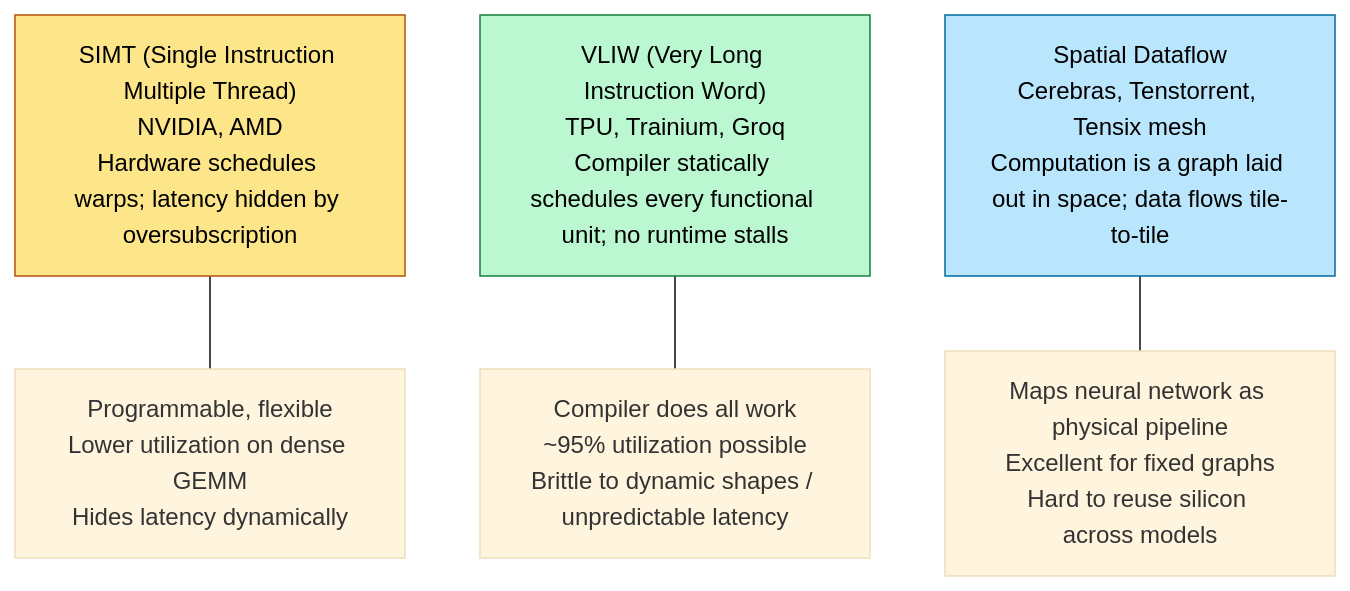
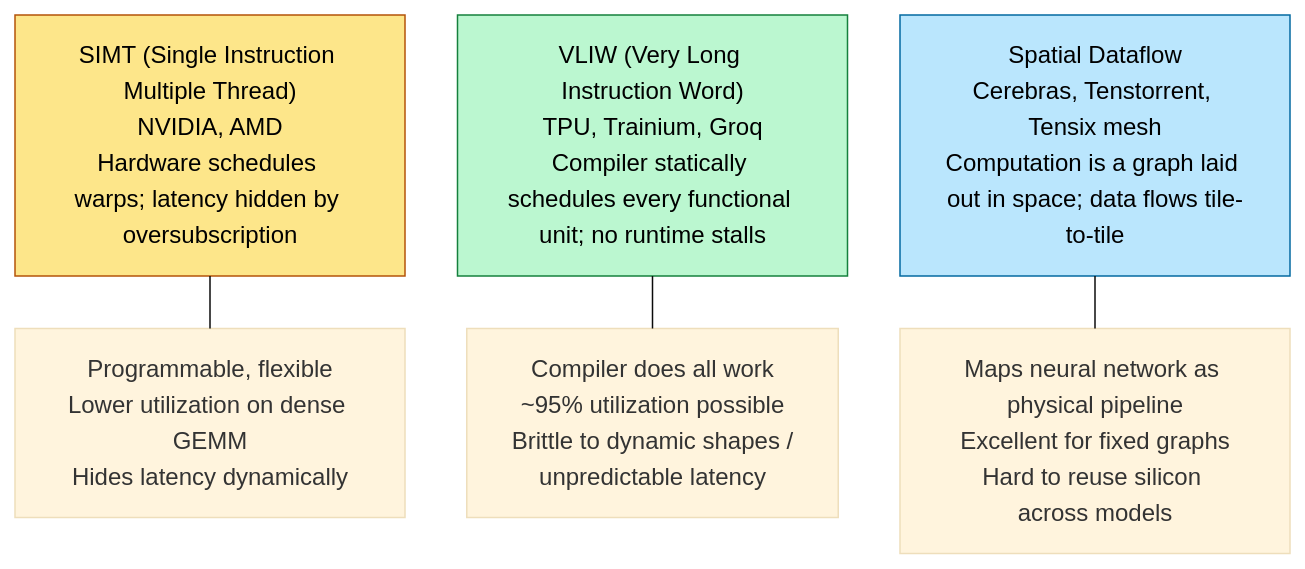
The first of 5 diagrams in ai_infra/L3_Microarchitecture/ISA_and_Execution_Model.md (Wty2003328/ai_infra_intro), drawn with Mermaid (base theme) before and after one commit. The commit also changed other lines of this file and 108 other files, not shown here.

````diff
--- a/ai_infra/L3_Microarchitecture/ISA_and_Execution_Model.md
+++ b/ai_infra/L3_Microarchitecture/ISA_and_Execution_Model.md
@@ -13,12 +13,13 @@
 ```mermaid
+%%{init: {"flowchart": {"defaultRenderer": "elk", "nodeSpacing": 60, "rankSpacing": 60, "htmlLabels": false}}}%%
 flowchart TD
     SIMT["SIMT (Single Instruction Multiple Thread)<br/>NVIDIA, AMD<br/>Hardware schedules warps; latency hidden by oversubscription"]:::simt
     VLIW["VLIW (Very Long Instruction Word)<br/>TPU, Trainium, Groq<br/>Compiler statically schedules every functional unit; no runtime stalls"]:::vliw
     SDF["Spatial Dataflow<br/>Cerebras, Tenstorrent, Tensix mesh<br/>Computation is a graph laid out in space; data flows tile-to-tile"]:::sdf
     SIMT --- A1[Programmable, flexible<br/>Lower utilization on dense GEMM<br/>Hides latency dynamically]
-    VLIW --- A2[Compiler does all work<br/>~95% utilization possible<br/>Brittle to dynamic shapes / unpredictable latency]
+    VLIW --- A2[Compiler does all work<br/>~95% utilization possible<br/>Brittle to dynamic shapes /<br/>unpredictable latency]
     SDF --- A3[Maps neural network as physical pipeline<br/>Excellent for fixed graphs<br/>Hard to reuse silicon across models]
     classDef simt fill:#fde68a,stroke:#b45309,color:#000
     classDef vliw fill:#bbf7d0,stroke:#15803d,color:#000
     classDef sdf fill:#bae6fd,stroke:#0369a1,color:#000
 ```
````
